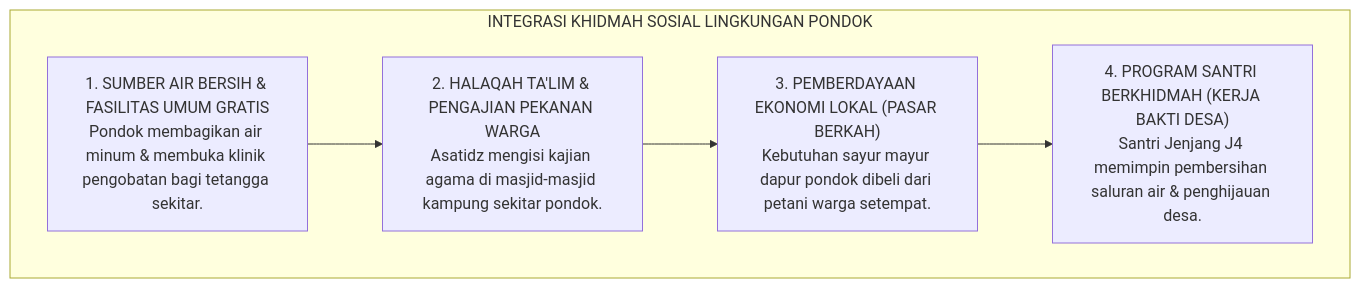
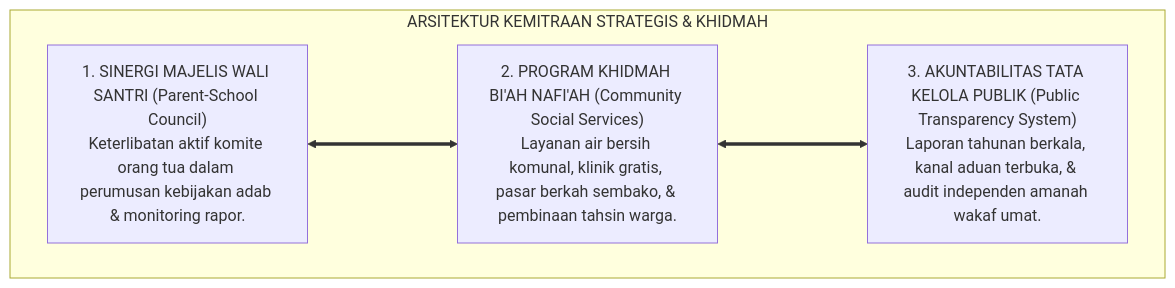
Before and after one commit to wandiapriliyandi/tumbuh: the second of 3 diagrams in 02 Principles/07 Implementation Principles/P2-07-05-Prinsip-Kemitraan-Strategis-Wali-Santri-dan-Akuntabilitas-Publik.md, drawn with Mermaid. The commit also changed other lines of this file and 6 other files, not shown here.

````diff
--- a/02 Principles/07 Implementation Principles/P2-07-05-Prinsip-Kemitraan-Strategis-Wali-Santri-dan-Akuntabilitas-Publik.md
+++ b/02 Principles/07 Implementation Principles/P2-07-05-Prinsip-Kemitraan-Strategis-Wali-Santri-dan-Akuntabilitas-Publik.md
@@ -113,14 +117,13 @@
 ```mermaid
 flowchart TD
-    subgraph ProgramKhidmahMasyarakatTUMBUH["INTEGRASI KHIDMAH SOSIAL LINGKUNGAN PONDOK"]
-        SentraAir["1. SUMBER AIR BERSIH & FASILITAS UMUM GRATIS<br/>Pondok membagikan air minum & membuka klinik pengobatan bagi tetangga sekitar."]
+    subgraph ArsitekturKemitraanMasyarakatTUMBUH["ARSITEKTUR KEMITRAAN STRATEGIS & KHIDMAH"]
         
-        PengajianWarga["2. HALAQAH TA'LIM & PENGAJIAN PEKANAN WARGA<br/>Asatidz mengisi kajian agama di masjid-masjid kampung sekitar pondok."]
+        K1_Sayap["1. SINERGI MAJELIS WALI SANTRI (Parent-School Council)<br/>Keterlibatan aktif komite orang tua dalam perumusan kebijakan adab & monitoring rapor."]
         
-        PemberdayaanEkonomi["3. PEMBERDAYAAN EKONOMI LOKAL (PASAR BERKAH)<br/>Kebutuhan sayur mayur dapur pondok dibeli dari petani warga setempat."]
+        K2_Sayap["2. PROGRAM KHIDMAH BI'AH NAFI'AH (Community Social Services)<br/>Layanan air bersih komunal, klinik gratis, pasar berkah sembako, & pembinaan tahsin warga."]
         
-        SantriKhidmah["4. PROGRAM SANTRI BERKHIDMAH (KERJA BAKTI DESA)<br/>Santri Jenjang J4 memimpin pembersihan saluran air & penghijauan desa."]
+        K3_Sayap["3. AKUNTABILITAS TATA KELOLA PUBLIK (Public Transparency System)<br/>Laporan tahunan berkala, kanal aduan terbuka, & audit independen amanah wakaf umat."]
         
-        SentraAir --> PengajianWarga --> PemberdayaanEkonomi --> SantriKhidmah
+        K1_Sayap <===> K2_Sayap <===> K3_Sayap
     end
 ```
````
